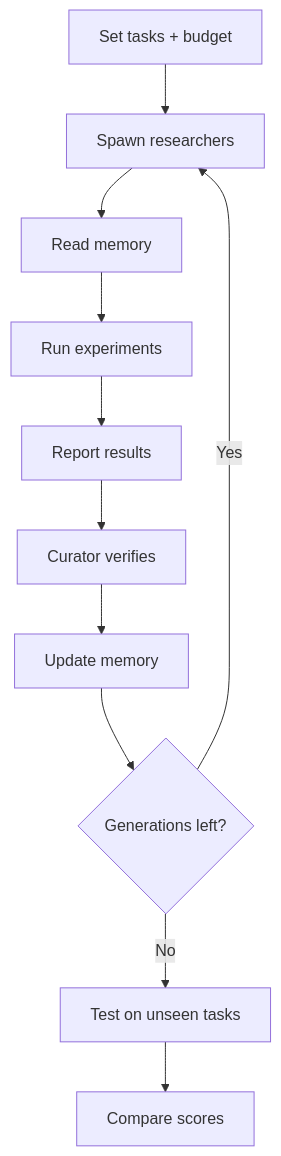
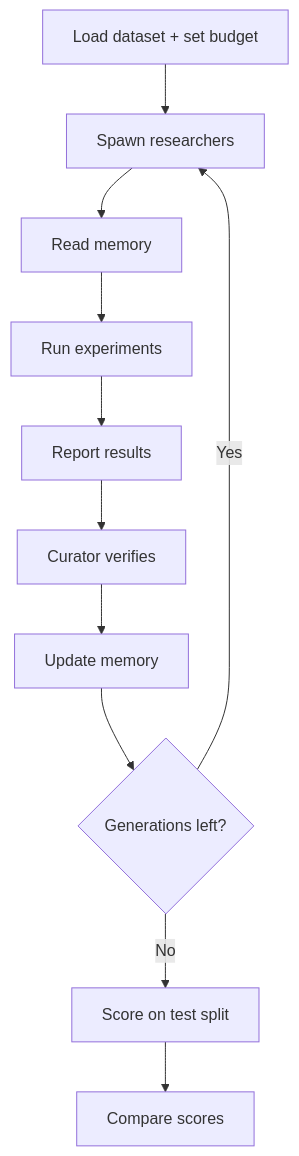
One commit to calvinotewa/crusoe-hack changed the diagram in README.md. Above: the diagram before and after it, drawn with Mermaid. The commit also changed other lines of this file and 1 other file, not shown here.

Commit message:
chore: use one dataset with train/val/test splits and hide test from agents

````diff
--- a/README.md
+++ b/README.md
@@ -9,13 +9,13 @@
 ```mermaid
 flowchart TD
-    A[Set tasks + budget] --> B[Spawn researchers]
+    A[Load dataset + set budget] --> B[Spawn researchers]
     B --> C[Read memory]
     C --> D[Run experiments]
     D --> E[Report results]
     E --> F[Curator verifies]
     F --> G[Update memory]
     G --> H{Generations left?}
     H -- Yes --> B
-    H -- No --> I[Test on unseen tasks]
+    H -- No --> I[Score on test split]
     I --> J[Compare scores]
 ```
````
